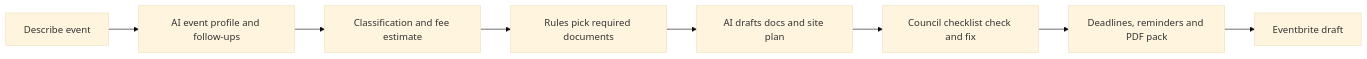
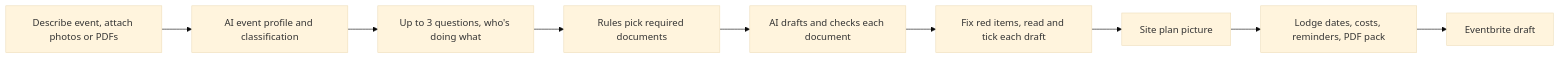
The diagram in docs/PRD.md (Sweet-As-SAAS/eventX), drawn with Mermaid (base theme) before and after one commit. The commit also changed other lines of this file and 1 other file, not shown here.

First line of the commit message:
PRD and TRD: describe EvntX as built

````diff
--- a/docs/PRD.md
+++ b/docs/PRD.md
@@ -72,10 +72,11 @@
 ```mermaid
 flowchart LR
-  A[Describe event] --> B[AI event profile and follow-ups]
-  B --> C[Classification and fee estimate]
+  A[Describe event, attach photos or PDFs] --> B[AI event profile and classification]
+  B --> C[Up to 3 questions, who's doing what]
   C --> D[Rules pick required documents]
-  D --> E[AI drafts docs and site plan]
-  E --> F[Council checklist check and fix]
-  F --> G[Deadlines, reminders and PDF pack]
-  G --> H[Eventbrite draft]
+  D --> E[AI drafts and checks each document]
+  E --> F[Fix red items, read and tick each draft]
+  F --> G[Site plan picture]
+  G --> H[Lodge dates, costs, reminders, PDF pack]
+  H --> I[Eventbrite draft]
 ```
````
